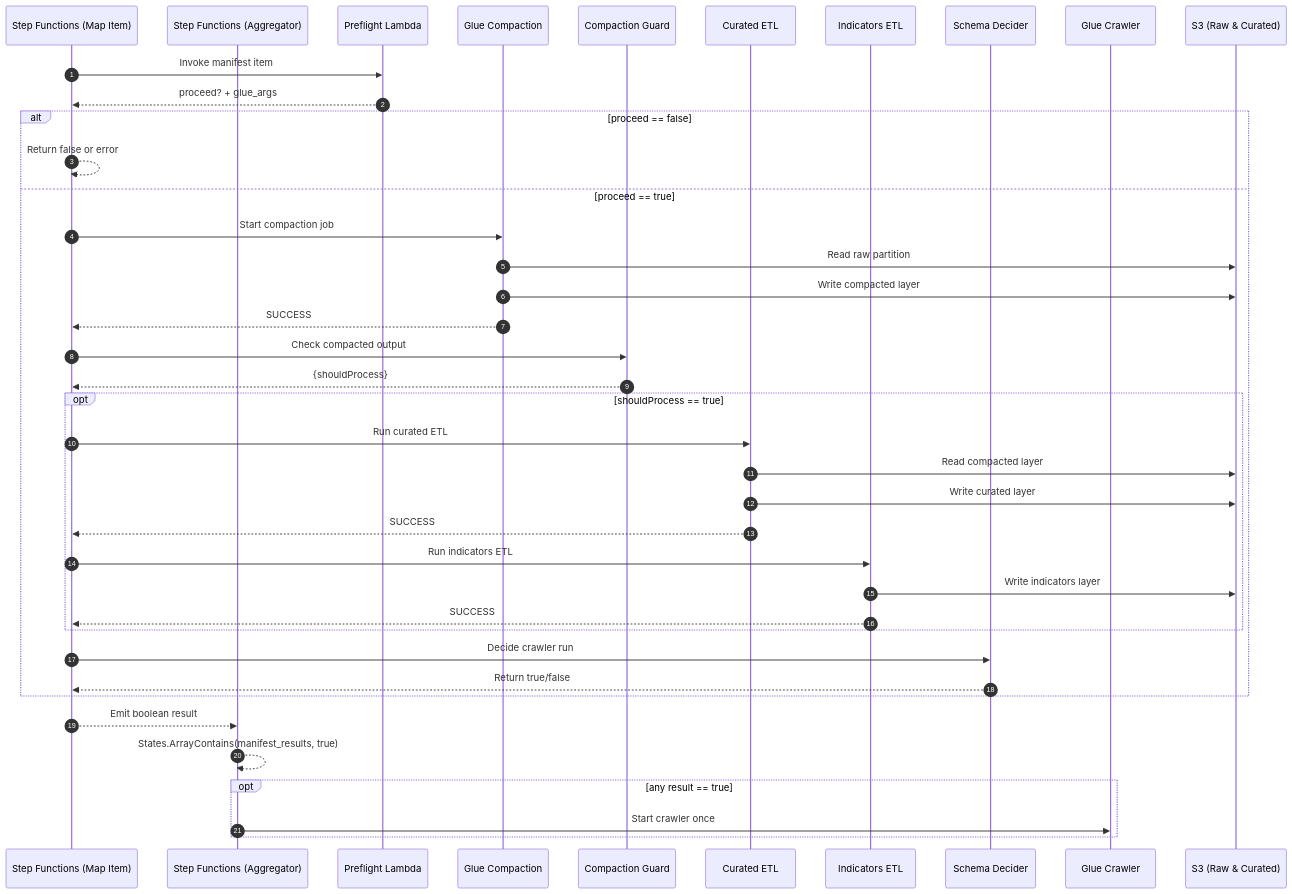
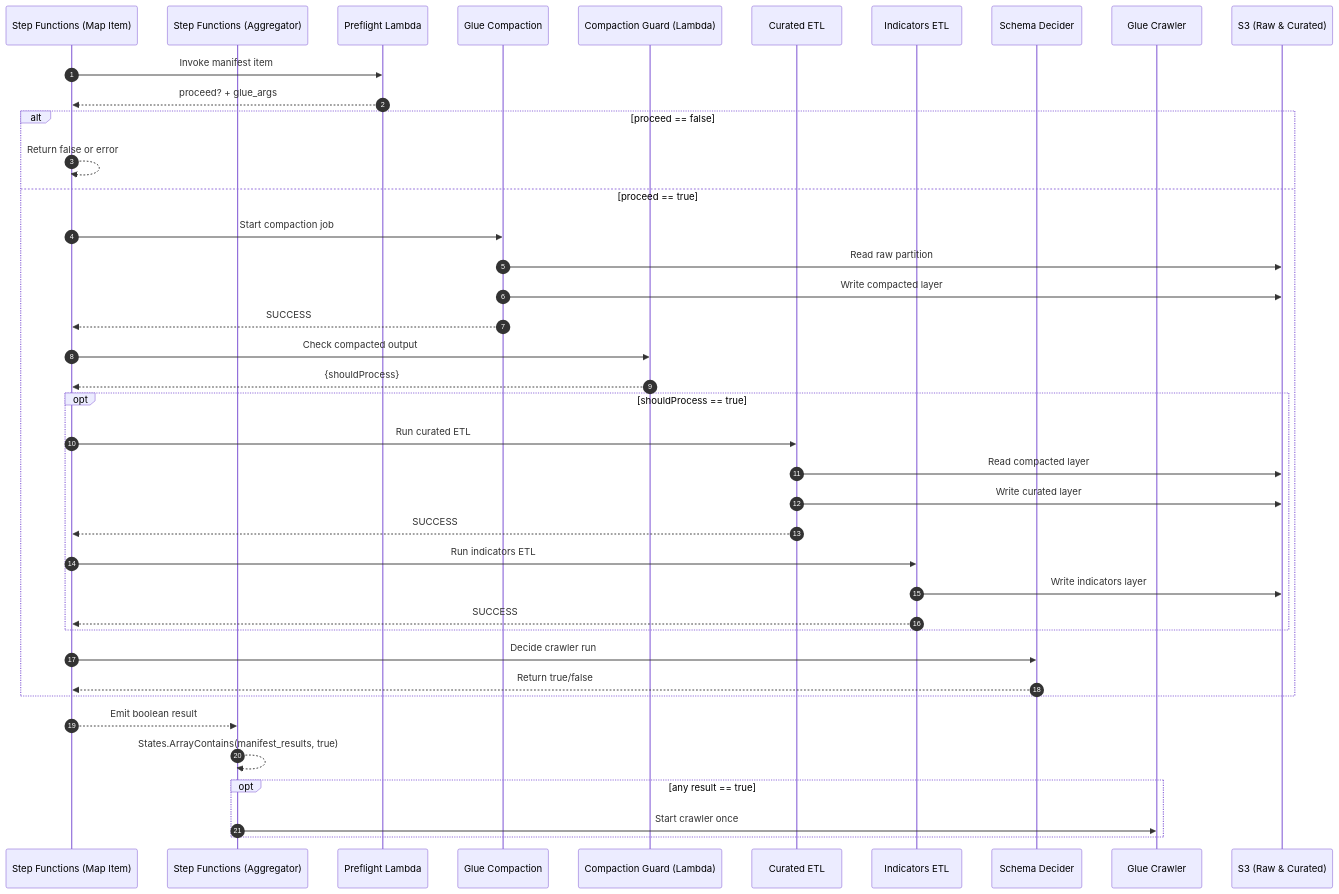
The diagram in docs/diagrams/transform/03-sequence.md (keemgdeok/fin-forge-pipeline), drawn with Mermaid before and after one commit. The commit also changed 23 other files, not shown here.

Commit message:
docs: update docs/diagrams/

````diff
--- a/docs/diagrams/transform/03-sequence.md
+++ b/docs/diagrams/transform/03-sequence.md
@@ -1,43 +1,43 @@
 ```mermaid
 sequenceDiagram
   autonumber
   participant SF as Step Functions (Map Item)
   participant AGG as Step Functions (Aggregator)
   participant PRE as Preflight Lambda
   participant COMP as Glue Compaction
-  participant GUARD as Compaction Guard
+  participant GUARD as Compaction Guard (Lambda)
   participant ETL as Curated ETL
   participant IND as Indicators ETL
   participant DEC as Schema Decider
   participant CR as Glue Crawler
   participant S3 as S3 (Raw & Curated)
 
   SF->>PRE: Invoke manifest item
   PRE-->>SF: proceed? + glue_args
   alt proceed == false
     SF-->>SF: Return false or error
   else proceed == true
     SF->>COMP: Start compaction job
     COMP->>S3: Read raw partition
     COMP->>S3: Write compacted layer
     COMP-->>SF: SUCCESS
     SF->>GUARD: Check compacted output
     GUARD-->>SF: {shouldProcess}
     opt shouldProcess == true
       SF->>ETL: Run curated ETL
       ETL->>S3: Read compacted layer
       ETL->>S3: Write curated layer
       ETL-->>SF: SUCCESS
       SF->>IND: Run indicators ETL
       IND->>S3: Write indicators layer
       IND-->>SF: SUCCESS
     end
     SF->>DEC: Decide crawler run
     DEC-->>SF: Return true/false
   end
   SF-->>AGG: Emit boolean result
   AGG-->>AGG: States.ArrayContains(manifest_results, true)
   opt any result == true
     AGG->>CR: Start crawler once
   end
 ```
````
